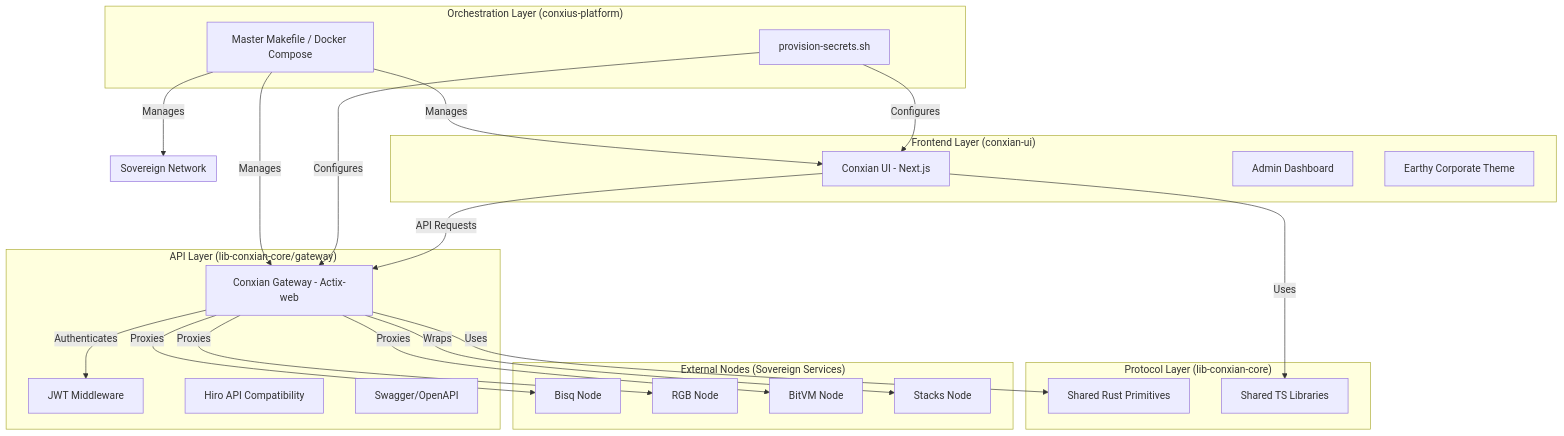
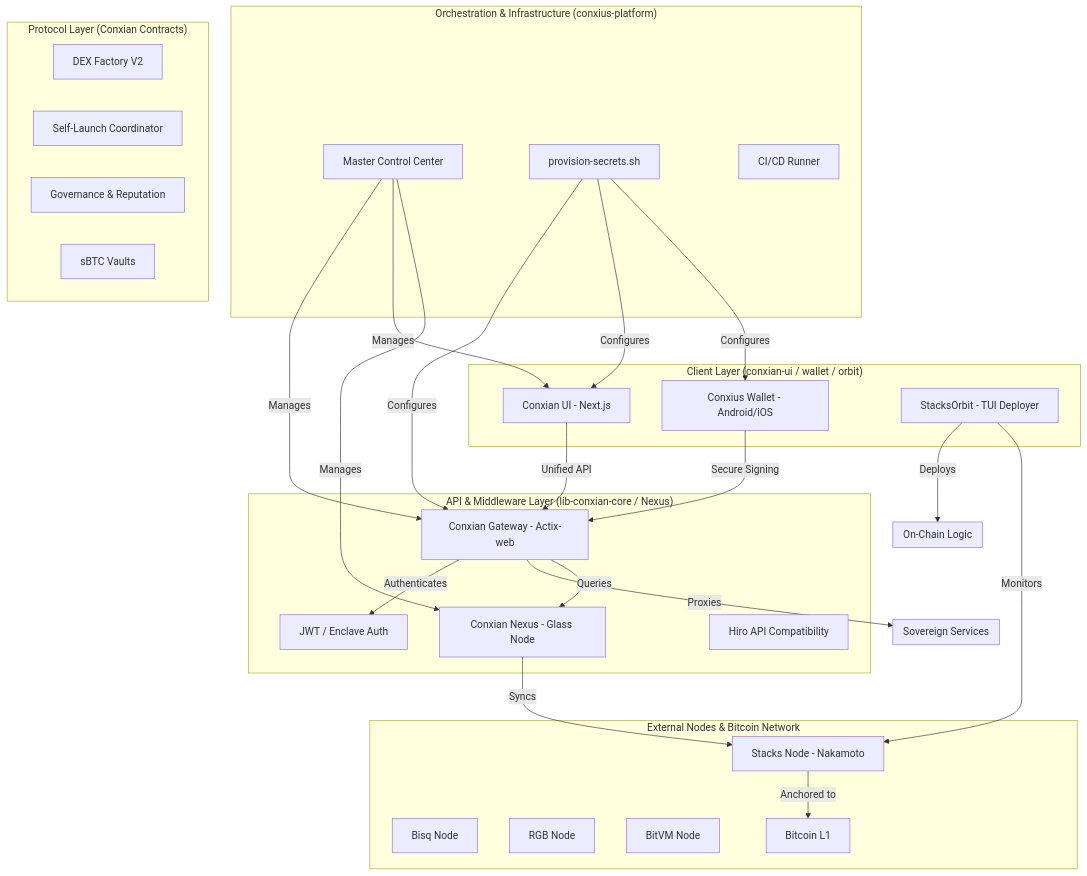
Before and after one commit to Conxian/conxius-platform: the diagram in SYSTEM_GRAPH.md, drawn with Mermaid. The commit also changed other lines of this file and 5 other files, not shown here.

````diff
--- a/SYSTEM_GRAPH.md
+++ b/SYSTEM_GRAPH.md
@@ -5,55 +5,68 @@
 ```mermaid
 graph TD
-    subgraph "Orchestration Layer (conxius-platform)"
-        P[Master Makefile / Docker Compose]
+    subgraph "Orchestration & Infrastructure (conxius-platform)"
+        P[Master Control Center]
         S[provision-secrets.sh]
+        CI[CI/CD Runner]
     end
 
-    subgraph "API Layer (lib-conxian-core/gateway)"
+    subgraph "API & Middleware Layer (lib-conxian-core / Nexus)"
         GW[Conxian Gateway - Actix-web]
-        AUTH[JWT Middleware]
+        NX[Conxian Nexus - Glass Node]
+        AUTH[JWT / Enclave Auth]
         HIRO[Hiro API Compatibility]
-        SWAG[Swagger/OpenAPI]
     end
 
-    subgraph "Frontend Layer (conxian-ui)"
+    subgraph "Client Layer (conxian-ui / wallet / orbit)"
         UI[Conxian UI - Next.js]
-        ADM[Admin Dashboard]
-        THEME[Earthy Corporate Theme]
+        W[Conxius Wallet - Android/iOS]
+        ORB[StacksOrbit - TUI Deployer]
     end
 
-    subgraph "Protocol Layer (lib-conxian-core)"
-        CORE[Shared Rust Primitives]
-        SDK[Shared TS Libraries]
+    subgraph "Protocol Layer (Conxian Contracts)"
+        DEX[DEX Factory V2]
+        LAUNCH[Self-Launch Coordinator]
+        GOV[Governance & Reputation]
+        SBTC[sBTC Vaults]
     end
 
-    subgraph "External Nodes (Sovereign Services)"
+    subgraph "External Nodes & Bitcoin Network"
         BISQ[Bisq Node]
         RGB[RGB Node]
         BITVM[BitVM Node]
-        STX[Stacks Node]
+        STX[Stacks Node - Nakamoto]
+        BTC[Bitcoin L1]
     end
 
     P -->|Manages| GW
     P -->|Manages| UI
-    P -->|Manages| External
+    P -->|Manages| NX
     S -->|Configures| GW
     S -->|Configures| UI
+    S -->|Configures| W
 
-    UI -->|API Requests| GW
+    UI -->|Unified API| GW
+    W -->|Secure Signing| GW
+    ORB -->|Deploys| Protocol
+    ORB -->|Monitors| STX
+
     GW -->|Authenticates| AUTH
-    GW -->|Proxies| BISQ
-    GW -->|Proxies| RGB
-    GW -->|Proxies| BITVM
-    GW -->|Wraps| STX
+    GW -->|Proxies| Sovereign
+    GW -->|Queries| NX
+    NX -->|Syncs| STX
 
-    UI -->|Uses| SDK
-    GW -->|Uses| CORE
+    STX -->|Anchored to| BTC
 
-    subgraph External [Sovereign Network]
+    subgraph Protocol [On-Chain Logic]
+        DEX
+        LAUNCH
+        GOV
+        SBTC
+    end
+
+    subgraph Sovereign [Sovereign Services]
         BISQ
         RGB
         BITVM
-        STX
     end
 ```
````
